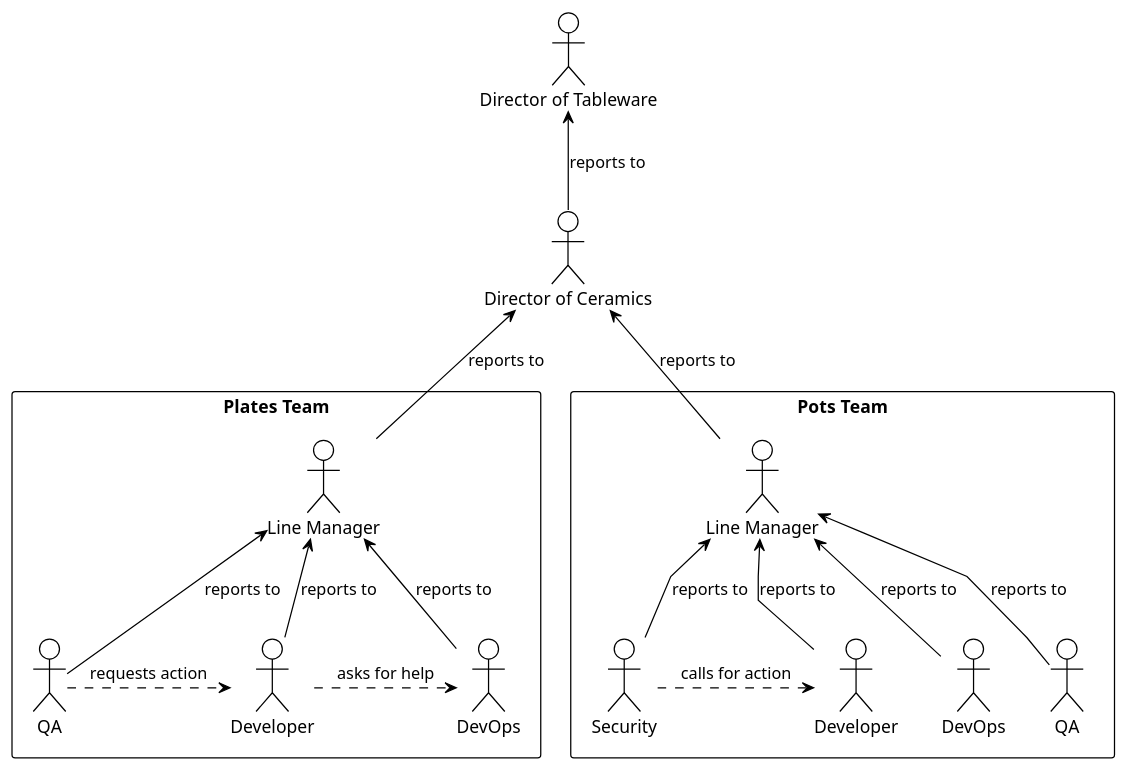
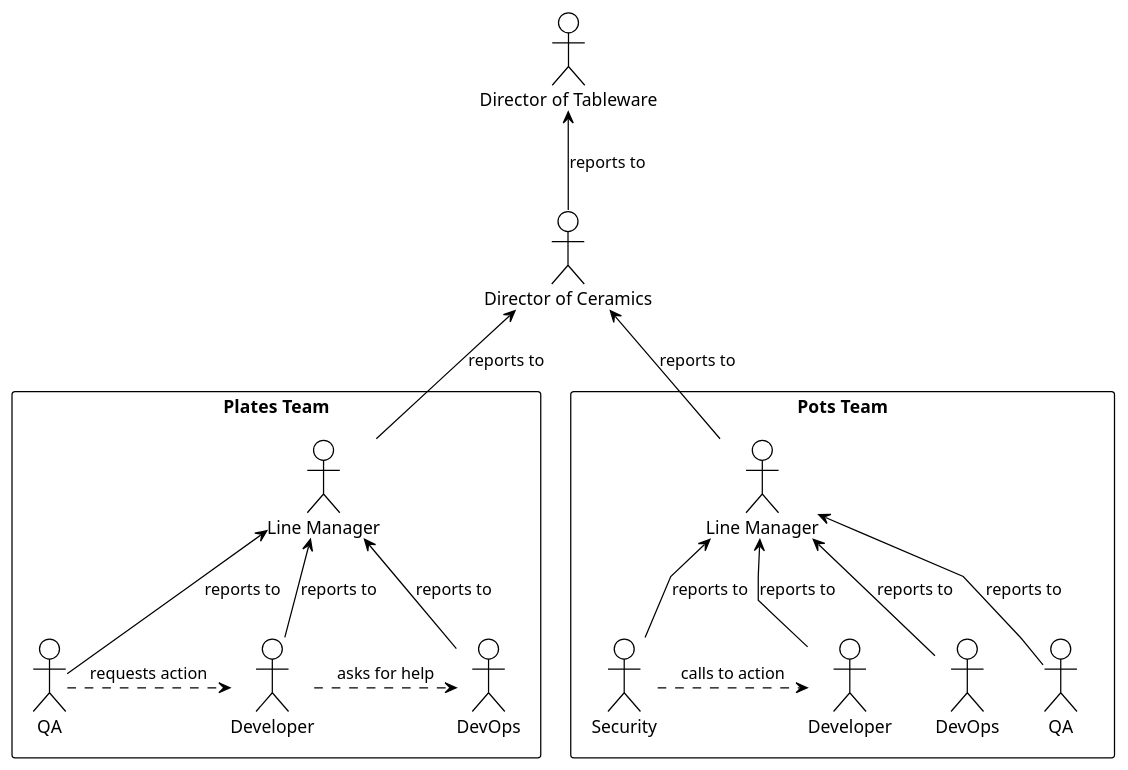
The fifth of 6 diagrams in _posts/2024-09-21-ivory-jenga-how-organizations-struggle-with-granularity.md (superdurszlak/superdurszlak.github.io), drawn with PlantUML before and after one commit.

Commit message:
Rephrase

````diff
--- a/_posts/2024-09-21-ivory-jenga-how-organizations-struggle-with-granularity.md
+++ b/_posts/2024-09-21-ivory-jenga-how-organizations-struggle-with-granularity.md
@@ -178,40 +178,40 @@
 ```plantuml!
 !theme mono
 top to bottom direction
 skinparam linetype polyline
 
 rectangle PlatesTeam as "Plates Team" {
   actor PlateEM as "Line Manager"
   actor PlateDev as "Developer"
   actor PlateInfra as "DevOps"
   actor PlateQA as "QA"
 
   PlateDev -u-> PlateEM : reports to
   PlateInfra -u-> PlateEM : reports to
   PlateQA -u-> PlateEM : reports to
 
   PlateDev -r[dashed]-> PlateInfra : asks for help
   PlateQA -r[dashed]-> PlateDev : requests action
 }
 rectangle PotsTeam as "Pots Team" {
   actor PotsEM as "Line Manager"
   actor PotsDev as "Developer"
   actor PotsInfra as "DevOps"
   actor PotsQA as "QA"
   actor PotsSec as "Security"
 
   PotsDev -u-> PotsEM : reports to
   PotsInfra -u-> PotsEM : reports to
   PotsQA -u-> PotsEM : reports to
   PotsSec -u-> PotsEM : reports to
 
-  PotsSec -r[dashed]-> PotsDev : calls for action
+  PotsSec -r[dashed]-> PotsDev : calls to action
 }
 
 actor CeramicsDirector as "Director of Ceramics"
 actor TablewareDirector as "Director of Tableware"
 
 PlateEM -u-> CeramicsDirector : reports to
 PotsEM -u-> CeramicsDirector : reports to
 CeramicsDirector -u-> TablewareDirector : reports to
 ```
````
